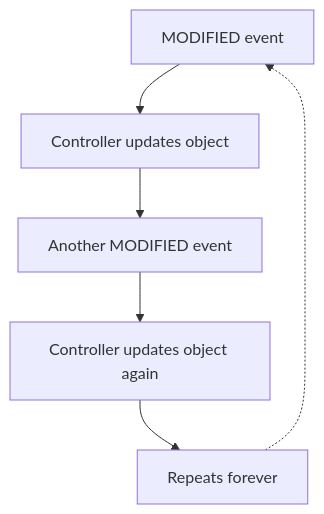
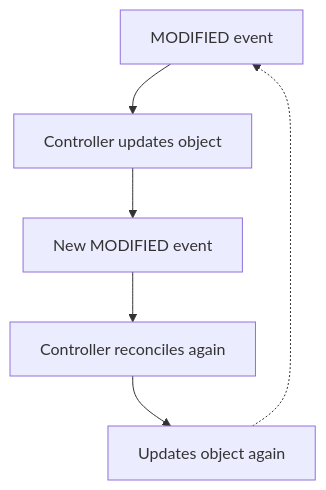
One commit to pergus/api-server changed diagram 19 of 23 in BOOK.md. Above: the diagram before and after it, drawn with Mermaid. The commit also changed other lines of this file, not shown here.

Commit message:
Fixed Listing/Figure numbering

````diff
--- a/BOOK.md
+++ b/BOOK.md
@@ -9336,8 +9347,8 @@
 ```mermaid
 flowchart TD
     A["MODIFIED event"] --> B["Controller updates object"]
-    B --> C["Another MODIFIED event"]
-    C --> D["Controller updates object again"]
-    D --> E["Repeats forever"]
+    B --> C["New MODIFIED event"]
+    C --> D["Controller reconciles again"]
+    D --> E["Updates object again"]
     E -.-> A
 ```
````
